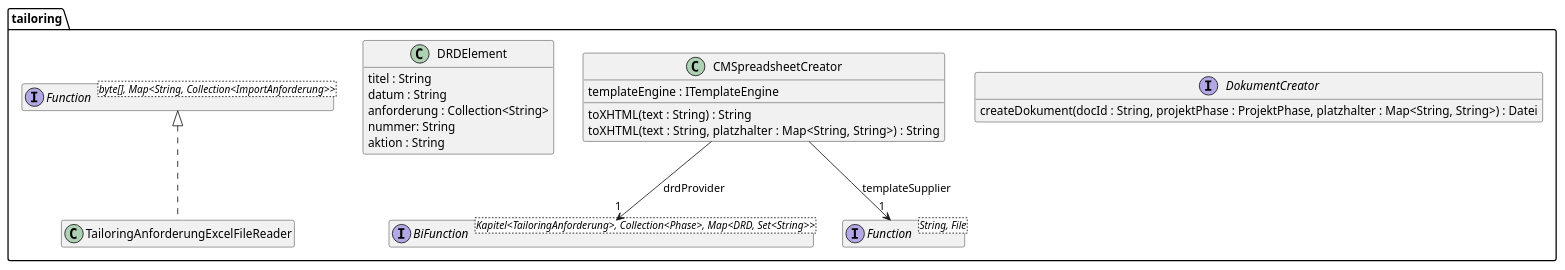
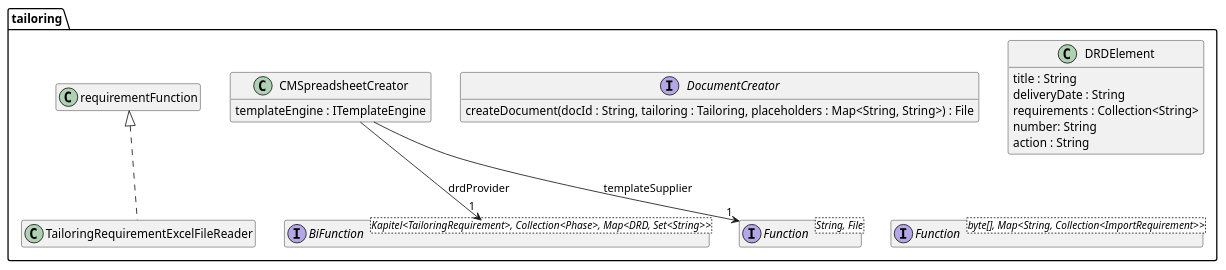
One commit to tailoringexpert/platform changed the diagram in src/site/arc42/plantuml/poi/tailoring/Ebene3.plantuml. Above: the diagram before and after it, drawn with PlantUML. The commit also changed 391 other files, not shown here.

```diff
--- a/src/site/arc42/plantuml/poi/tailoring/Ebene3.plantuml
+++ b/src/site/arc42/plantuml/poi/tailoring/Ebene3.plantuml
@@ -1,38 +1,37 @@
 @startuml Ebene3.png
 hide empty members
 
 package tailoring {
-    interface DokumentCreator {
-        createDokument(docId : String, projektPhase : ProjektPhase, platzhalter : Map<String, String>) : Datei
+
+    interface DocumentCreator {
+        createDocument(docId : String, tailoring : Tailoring, placeholders : Map<String, String>) : File
     }
 
-    interface "BiFunction<Kapitel<TailoringAnforderung>, Collection<Phase>, Map<DRD, Set<String>>>" as drdSupplier {
+    interface "BiFunction<Kapitel<TailoringRequirement>, Collection<Phase>, Map<DRD, Set<String>>>" as drdSupplier {
     }
 
     interface "Function<String, File>" as templateSupplier {
     }
 
     class CMSpreadsheetCreator {
         templateEngine : ITemplateEngine
-        toXHTML(text : String) : String
-        toXHTML(text : String, platzhalter :  Map<String, String>) : String
     }
     CMSpreadsheetCreator --> "1" templateSupplier : templateSupplier
     CMSpreadsheetCreator --> "1" drdSupplier : drdProvider
 
     class DRDElement {
-        titel : String
-        datum : String
-        anforderung : Collection<String>
-        nummer: String
-        aktion : String
+        title : String
+        deliveryDate : String
+        requirements : Collection<String>
+        number: String
+        action : String
     }
 
-    interface "Function<byte[], Map<String, Collection<ImportAnforderung>>>" as anforderungFunction {
+    interface "Function<byte[], Map<String, Collection<ImportRequirement>>>" as requirmentFunction {
     }
 
-    class TailoringAnforderungExcelFileReader {
+    class TailoringRequirementExcelFileReader {
     }
-    anforderungFunction <|.. TailoringAnforderungExcelFileReader
+    requirementFunction <|.. TailoringRequirementExcelFileReader
 }
 @enduml
```
